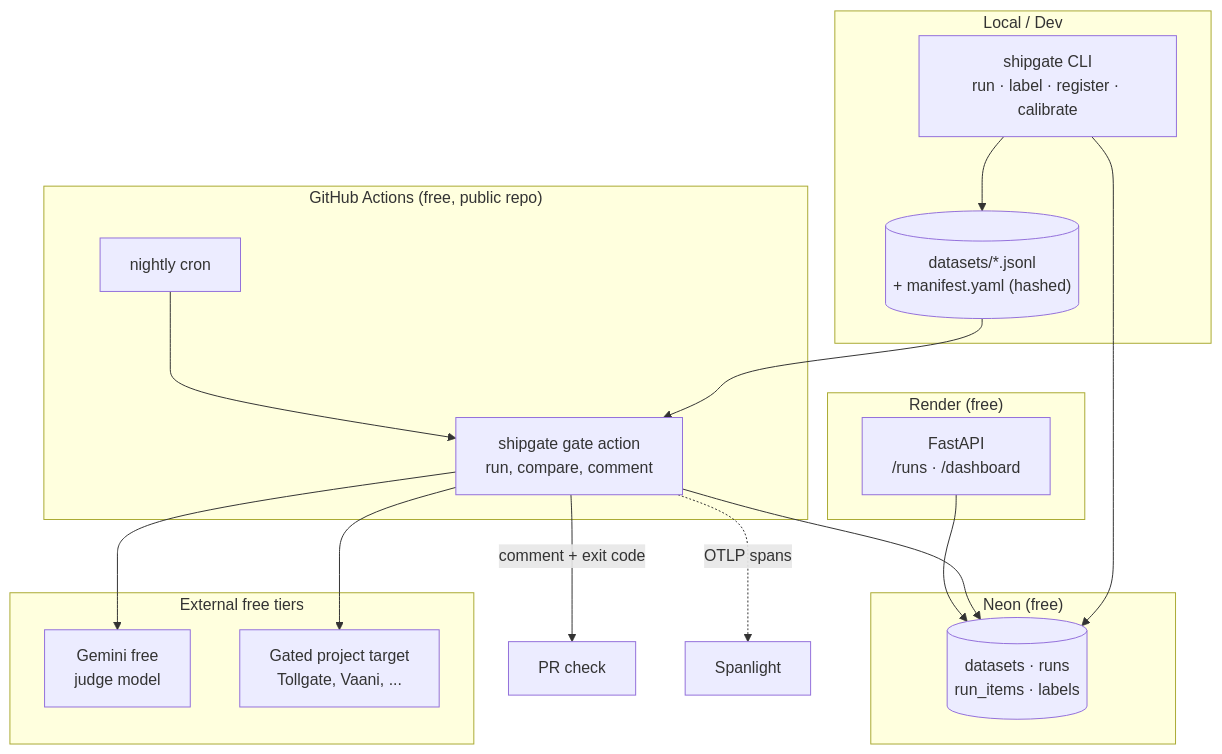
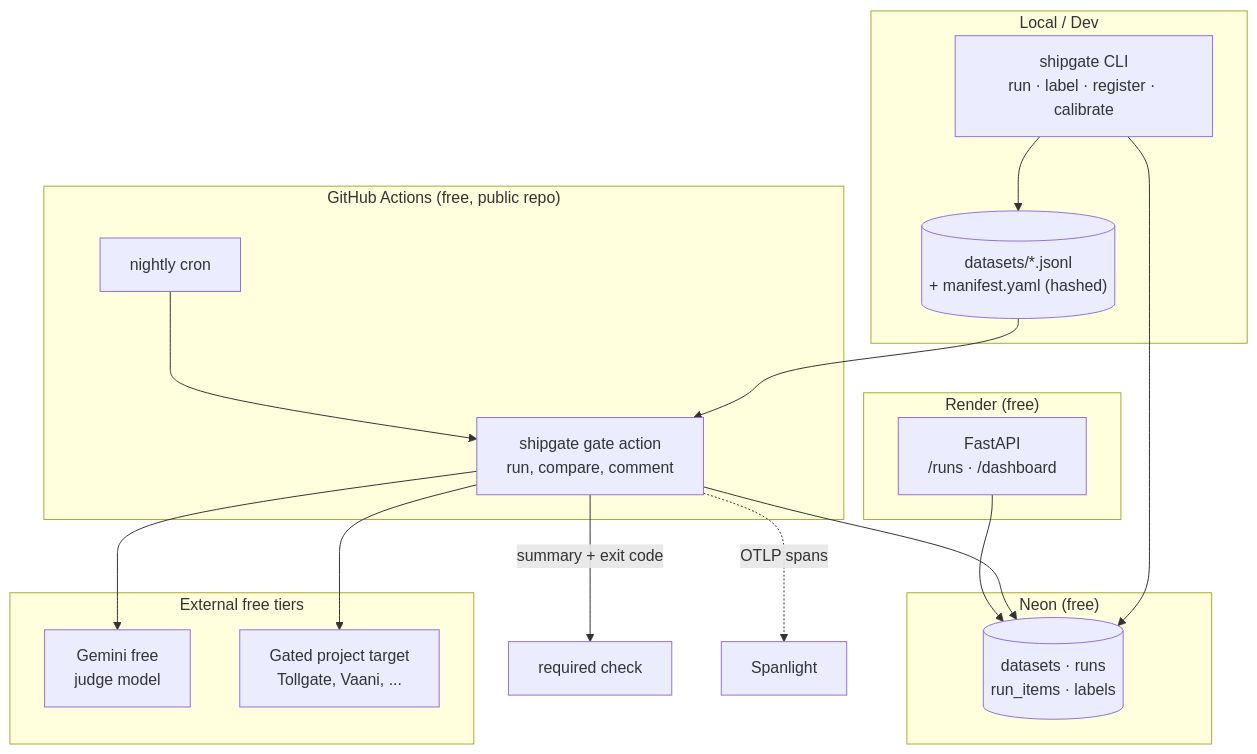
The diagram in SPEC.md (vinayakjeet/shipgate), drawn with Mermaid before and after one commit. The commit also changed other lines of this file and 12 other files, not shown here.

````diff
--- a/SPEC.md
+++ b/SPEC.md
@@ -133,36 +133,36 @@
 ```mermaid
 flowchart TB
   subgraph dev["Local / Dev"]
     CLI["shipgate CLI<br/>run · label · register · calibrate"]
     DS[("datasets/*.jsonl<br/>+ manifest.yaml (hashed)")]
   end
 
   subgraph gh["GitHub Actions (free, public repo)"]
     ACT["shipgate gate action<br/>run, compare, comment"]
     CRON["nightly cron"]
   end
 
   subgraph render["Render (free)"]
     API["FastAPI<br/>/runs · /dashboard"]
   end
 
   subgraph neon["Neon (free)"]
     DB[("datasets · runs<br/>run_items · labels")]
   end
 
   subgraph ext["External free tiers"]
     GEM["Gemini free<br/>judge model"]
     TGT["Gated project target<br/>Tollgate, Vaani, ..."]
   end
 
   CLI --> DS
   CLI --> DB
   DS --> ACT
   ACT --> TGT
   ACT --> GEM
   ACT --> DB
-  ACT -->|"comment + exit code"| PR["PR check"]
+  ACT -->|"summary + exit code"| PR["required check"]
   CRON --> ACT
   API --> DB
   ACT -.->|"OTLP spans"| SPAN["Spanlight"]
 ```
````
